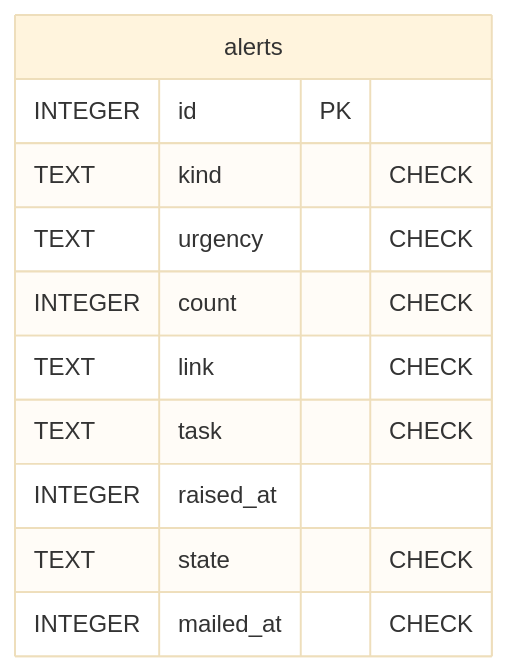
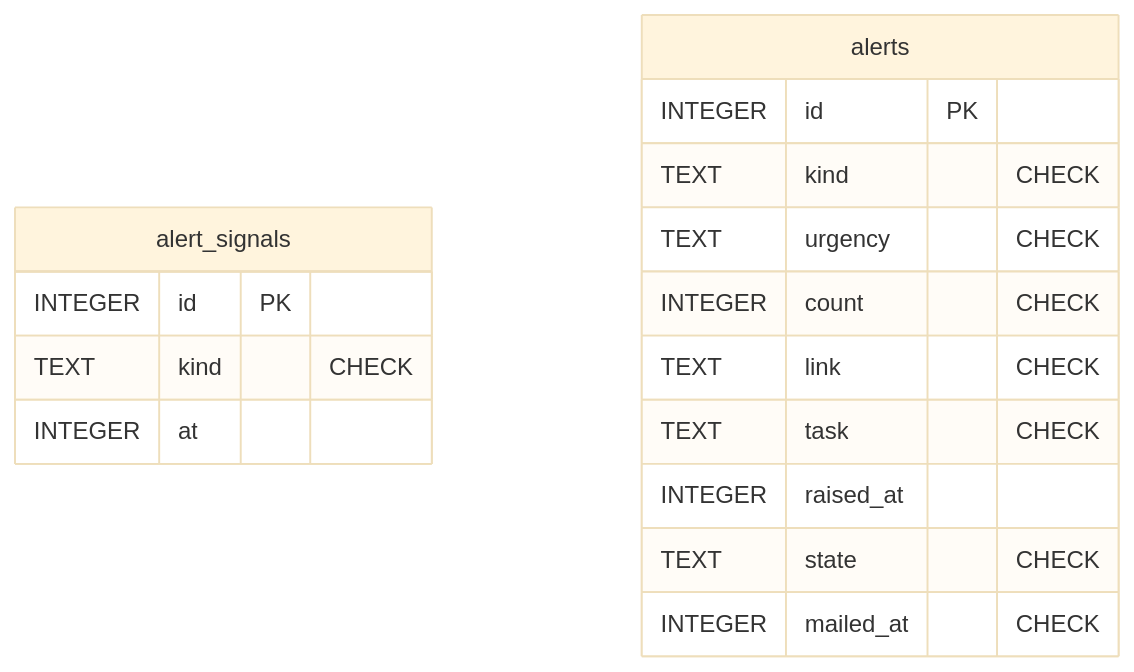
One commit to piconic-ai/slide changed diagram 11 of 12 in docs/dev/er-diagram.md. Above: the diagram before and after it, drawn with Mermaid (base theme). The commit also changed other lines of this file and 9 other files, not shown here.

````diff
--- a/docs/dev/er-diagram.md
+++ b/docs/dev/er-diagram.md
@@ -533,14 +534,19 @@
 ```mermaid
 erDiagram
+    alert_signals {
+        INTEGER id PK
+        TEXT kind "CHECK"
+        INTEGER at
+    }
     alerts {
         INTEGER id PK
         TEXT kind "CHECK"
         TEXT urgency "CHECK"
         INTEGER count "CHECK"
         TEXT link "CHECK"
         TEXT task "CHECK"
         INTEGER raised_at
         TEXT state "CHECK"
         INTEGER mailed_at "CHECK"
     }
 ```
````
